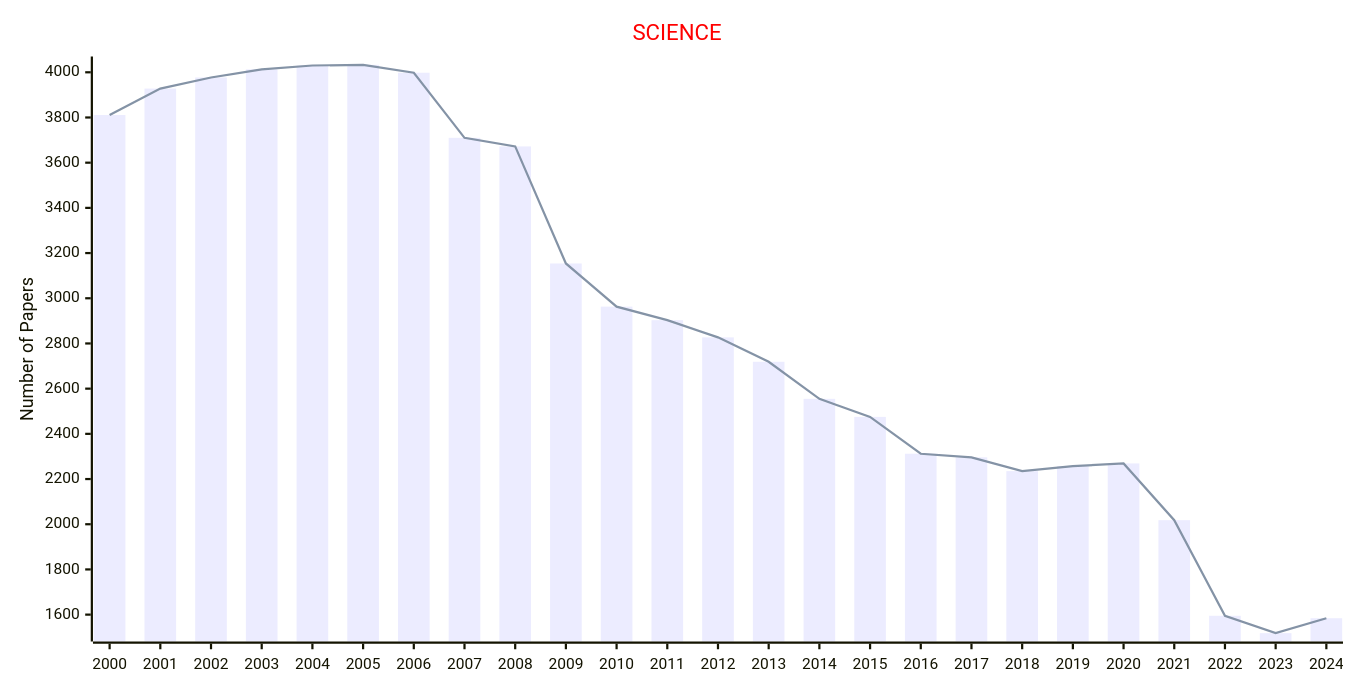
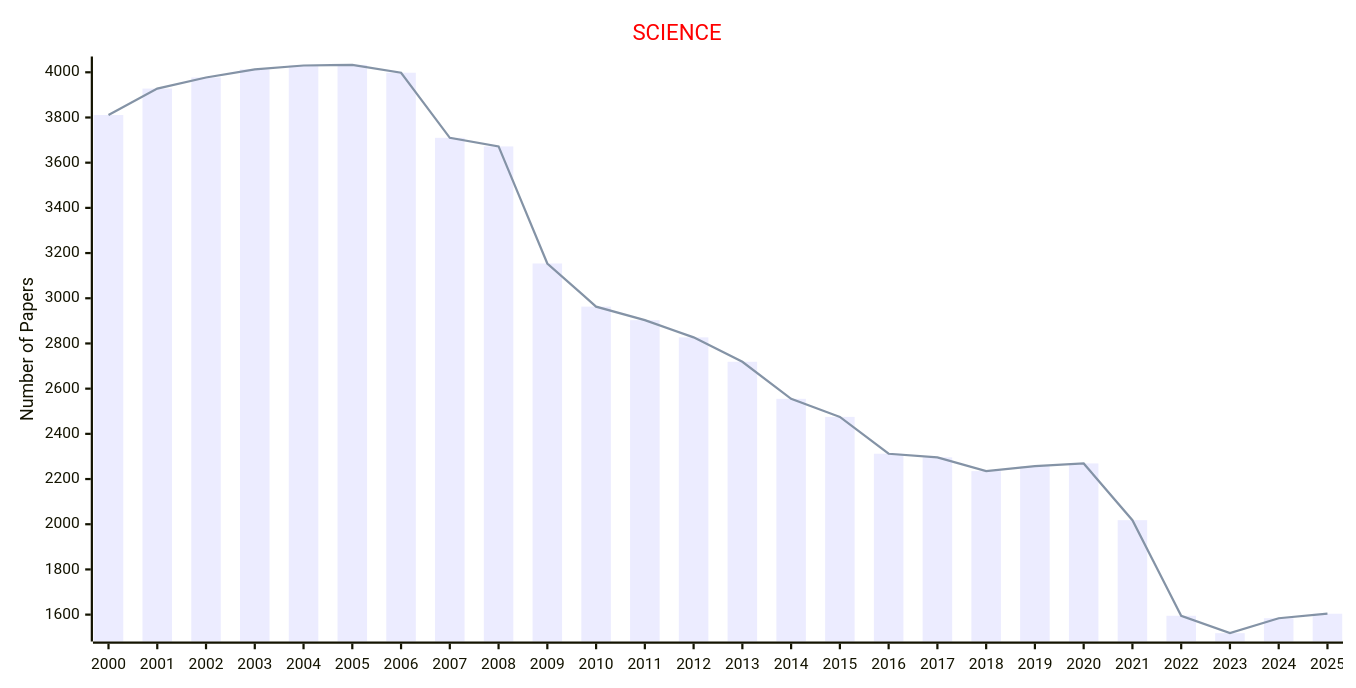
Before and after one commit to Easy-PhD/AILinks: the second of 8 diagrams in docs/data/Journals/Statistics_Journals/Multidisciplinary.md, drawn with Mermaid. The commit also changed other lines of this file and 93 other files, not shown here.

````diff
--- a/docs/data/Journals/Statistics_Journals/Multidisciplinary.md
+++ b/docs/data/Journals/Statistics_Journals/Multidisciplinary.md
@@ -33,17 +33,17 @@
 ```mermaid
 ---
 config:
     xyChart:
         width: 1200
         height: 600
     themeVariables:
         xyChart:
             titleColor: "#ff0000"
 ---
 xychart-beta
     title "SCIENCE"
-    x-axis [2000, 2001, 2002, 2003, 2004, 2005, 2006, 2007, 2008, 2009, 2010, 2011, 2012, 2013, 2014, 2015, 2016, 2017, 2018, 2019, 2020, 2021, 2022, 2023, 2024]
+    x-axis [2000, 2001, 2002, 2003, 2004, 2005, 2006, 2007, 2008, 2009, 2010, 2011, 2012, 2013, 2014, 2015, 2016, 2017, 2018, 2019, 2020, 2021, 2022, 2023, 2024, 2025]
     y-axis "Number of Papers"
-    bar [3811, 3928, 3977, 4013, 4030, 4033, 3998, 3710, 3672, 3154, 2963, 2903, 2827, 2719, 2555, 2475, 2312, 2296, 2235, 2257, 2269, 2018, 1595, 1518, 1584]
-    line [3811, 3928, 3977, 4013, 4030, 4033, 3998, 3710, 3672, 3154, 2963, 2903, 2827, 2719, 2555, 2475, 2312, 2296, 2235, 2257, 2269, 2018, 1595, 1518, 1584]
+    bar [3811, 3928, 3977, 4013, 4030, 4033, 3998, 3710, 3672, 3154, 2963, 2903, 2827, 2719, 2555, 2475, 2312, 2296, 2235, 2257, 2269, 2018, 1595, 1518, 1584, 1604]
+    line [3811, 3928, 3977, 4013, 4030, 4033, 3998, 3710, 3672, 3154, 2963, 2903, 2827, 2719, 2555, 2475, 2312, 2296, 2235, 2257, 2269, 2018, 1595, 1518, 1584, 1604]
 ```
````
